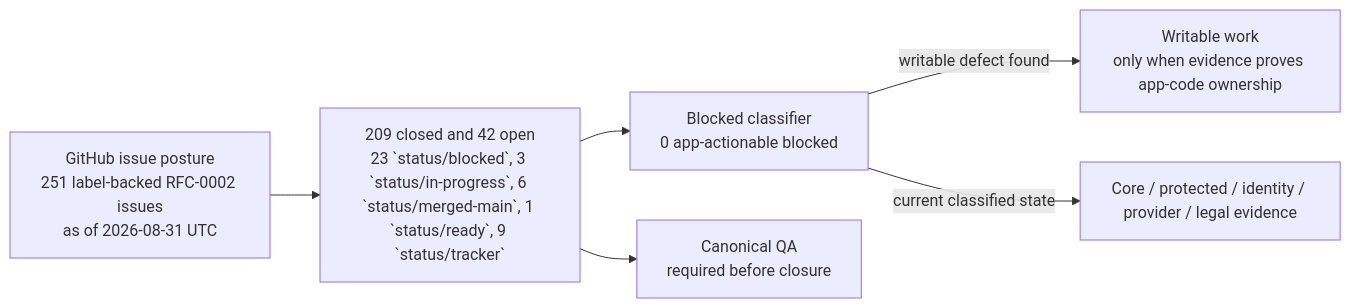
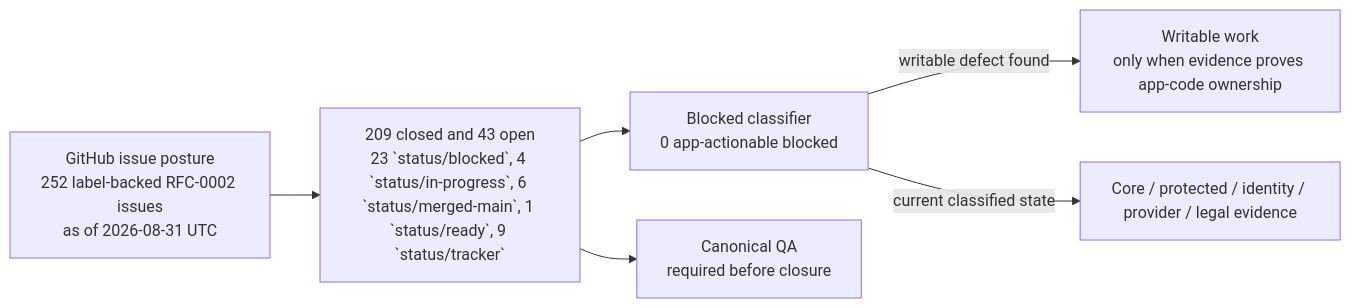
One commit to sgajbi/lotus-idea changed the first of 2 diagrams in wiki/RFC-0002-Execution-Status.md. Above: the diagram before and after it, drawn with Mermaid. The commit also changed other lines of this file and 13 other files, not shown here.

````diff
--- a/wiki/RFC-0002-Execution-Status.md
+++ b/wiki/RFC-0002-Execution-Status.md
@@ -49,15 +49,15 @@
 ```mermaid
 flowchart LR
-    Issues["GitHub issue posture<br/>251 label-backed RFC-0002 issues<br/>as of 2026-08-31 UTC"]
-    Open["209 closed and 42 open<br/>23 `status/blocked`, 3 `status/in-progress`, 6 `status/merged-main`, 1 `status/ready`, 9 `status/tracker`"]
+    Issues["GitHub issue posture<br/>252 label-backed RFC-0002 issues<br/>as of 2026-08-31 UTC"]
+    Open["209 closed and 43 open<br/>23 `status/blocked`, 4 `status/in-progress`, 6 `status/merged-main`, 1 `status/ready`, 9 `status/tracker`"]
     Blocked["Blocked classifier<br/>0 app-actionable blocked"]
     Work["Writable work<br/>only when evidence proves app-code ownership"]
     External["Core / protected / identity / provider / legal evidence"]
     QA["Canonical QA<br/>required before closure"]
 
     Issues --> Open
     Open --> Blocked
     Blocked -->|"writable defect found"| Work
     Blocked -->|"current classified state"| External
     Open --> QA
 ```
````
